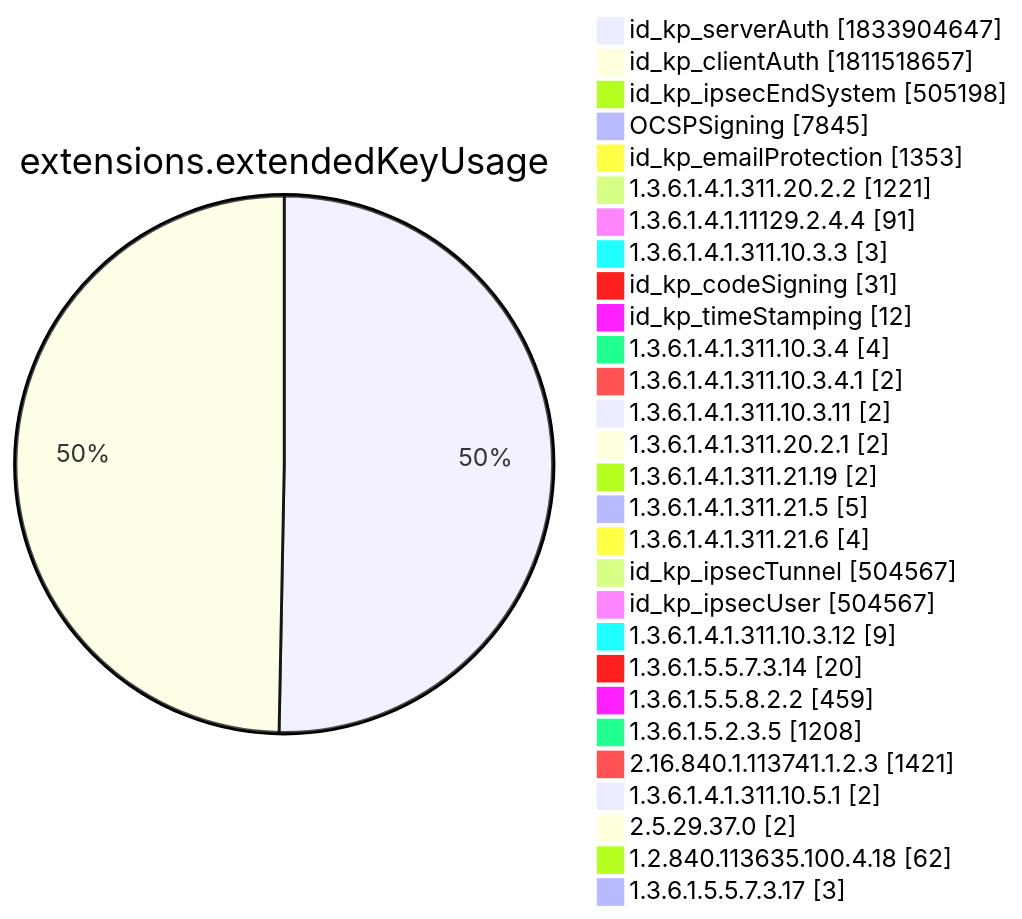
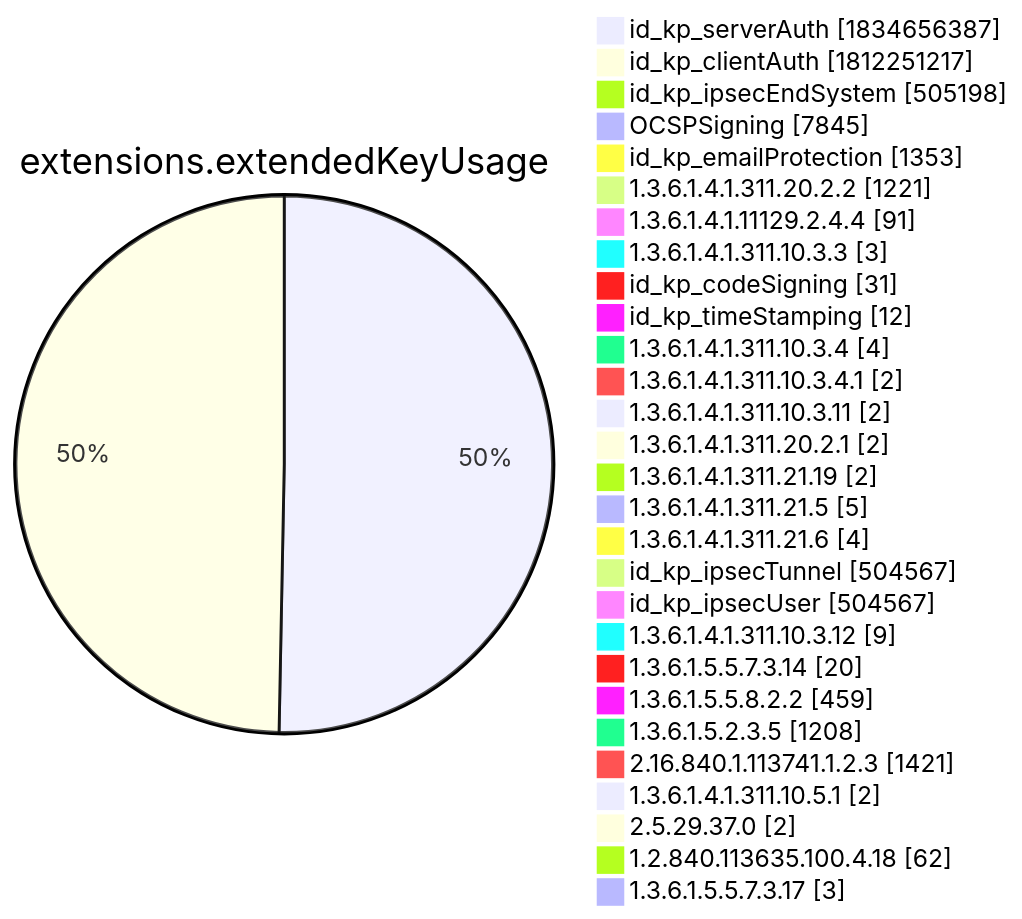
Before and after one commit to christiankrug/ctmonitor_visualization: diagram 12 of 15 in xenon2022/README.md, drawn with Mermaid. The commit also changed other lines of this file, not shown here.

````diff
--- a/xenon2022/README.md
+++ b/xenon2022/README.md
@@ -3896,32 +3896,32 @@
 ```mermaid
 pie showData
 title extensions.extendedKeyUsage
-"id_kp_serverAuth" :1833904647
-"id_kp_clientAuth" :1811518657
+"id_kp_serverAuth" :1834656387
+"id_kp_clientAuth" :1812251217
 "id_kp_ipsecEndSystem" :505198
 "OCSPSigning" :7845
 "id_kp_emailProtection" :1353
 "1.3.6.1.4.1.311.20.2.2" :1221
 "1.3.6.1.4.1.11129.2.4.4" :91
 "1.3.6.1.4.1.311.10.3.3" :3
 "id_kp_codeSigning" :31
 "id_kp_timeStamping" :12
 "1.3.6.1.4.1.311.10.3.4" :4
 "1.3.6.1.4.1.311.10.3.4.1" :2
 "1.3.6.1.4.1.311.10.3.11" :2
 "1.3.6.1.4.1.311.20.2.1" :2
 "1.3.6.1.4.1.311.21.19" :2
 "1.3.6.1.4.1.311.21.5" :5
 "1.3.6.1.4.1.311.21.6" :4
 "id_kp_ipsecTunnel" :504567
 "id_kp_ipsecUser" :504567
 "1.3.6.1.4.1.311.10.3.12" :9
 "1.3.6.1.5.5.7.3.14" :20
 "1.3.6.1.5.5.8.2.2" :459
 "1.3.6.1.5.2.3.5" :1208
 "2.16.840.1.113741.1.2.3" :1421
 "1.3.6.1.4.1.311.10.5.1" :2
 "2.5.29.37.0" :2
 "1.2.840.113635.100.4.18" :62
 "1.3.6.1.5.5.7.3.17" :3
 ```
````
